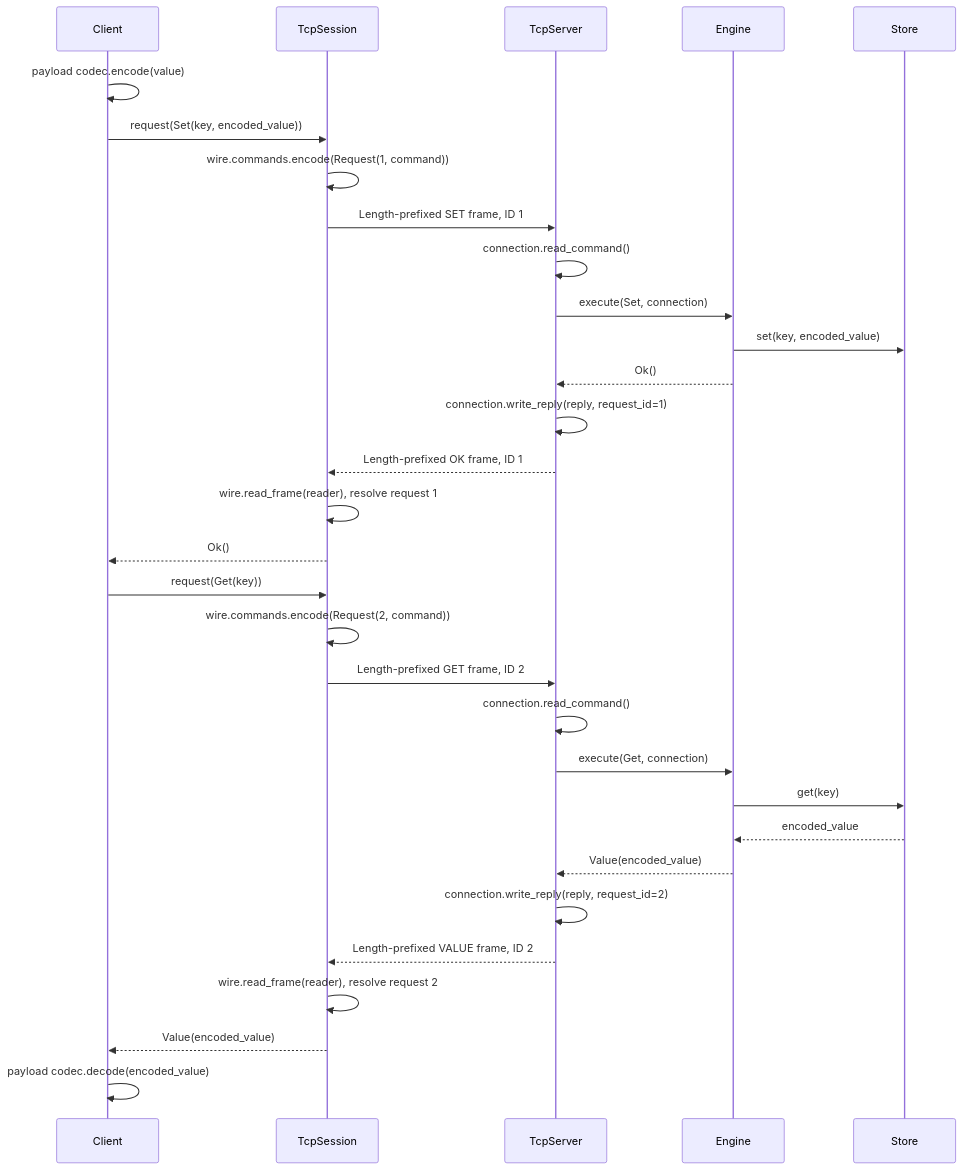
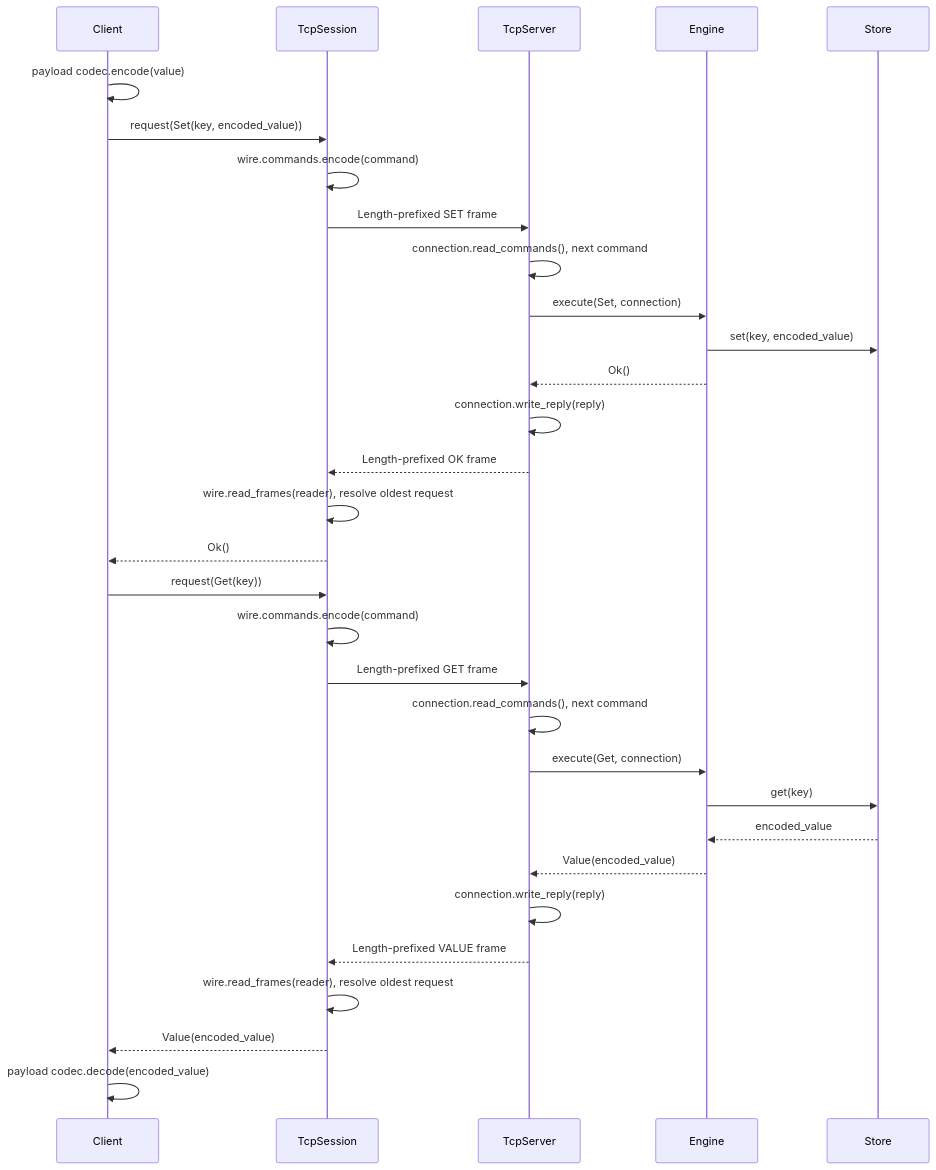
The second of 6 diagrams in README.md (gchape/velis), drawn with Mermaid before and after one commit. The commit also changed other lines of this file and 51 other files, not shown here.

````diff
--- a/README.md
+++ b/README.md
@@ -151,35 +180,35 @@
 ```mermaid
 sequenceDiagram
     participant C as Client
     participant T as TcpSession
     participant S as TcpServer
     participant E as Engine
     participant K as Store
 
     C->>C: payload codec.encode(value)
     C->>T: request(Set(key, encoded_value))
-    T->>T: wire.commands.encode(Request(1, command))
-    T->>S: Length-prefixed SET frame, ID 1
-    S->>S: connection.read_command()
+    T->>T: wire.commands.encode(command)
+    T->>S: Length-prefixed SET frame
+    S->>S: connection.read_commands(), next command
     S->>E: execute(Set, connection)
     E->>K: set(key, encoded_value)
     E-->>S: Ok()
-    S->>S: connection.write_reply(reply, request_id=1)
-    S-->>T: Length-prefixed OK frame, ID 1
-    T->>T: wire.read_frame(reader), resolve request 1
+    S->>S: connection.write_reply(reply)
+    S-->>T: Length-prefixed OK frame
+    T->>T: wire.read_frames(reader), resolve oldest request
     T-->>C: Ok()
 
     C->>T: request(Get(key))
-    T->>T: wire.commands.encode(Request(2, command))
-    T->>S: Length-prefixed GET frame, ID 2
-    S->>S: connection.read_command()
+    T->>T: wire.commands.encode(command)
+    T->>S: Length-prefixed GET frame
+    S->>S: connection.read_commands(), next command
     S->>E: execute(Get, connection)
     E->>K: get(key)
     K-->>E: encoded_value
     E-->>S: Value(encoded_value)
-    S->>S: connection.write_reply(reply, request_id=2)
-    S-->>T: Length-prefixed VALUE frame, ID 2
-    T->>T: wire.read_frame(reader), resolve request 2
+    S->>S: connection.write_reply(reply)
+    S-->>T: Length-prefixed VALUE frame
+    T->>T: wire.read_frames(reader), resolve oldest request
     T-->>C: Value(encoded_value)
     C->>C: payload codec.decode(encoded_value)
 ```
````
